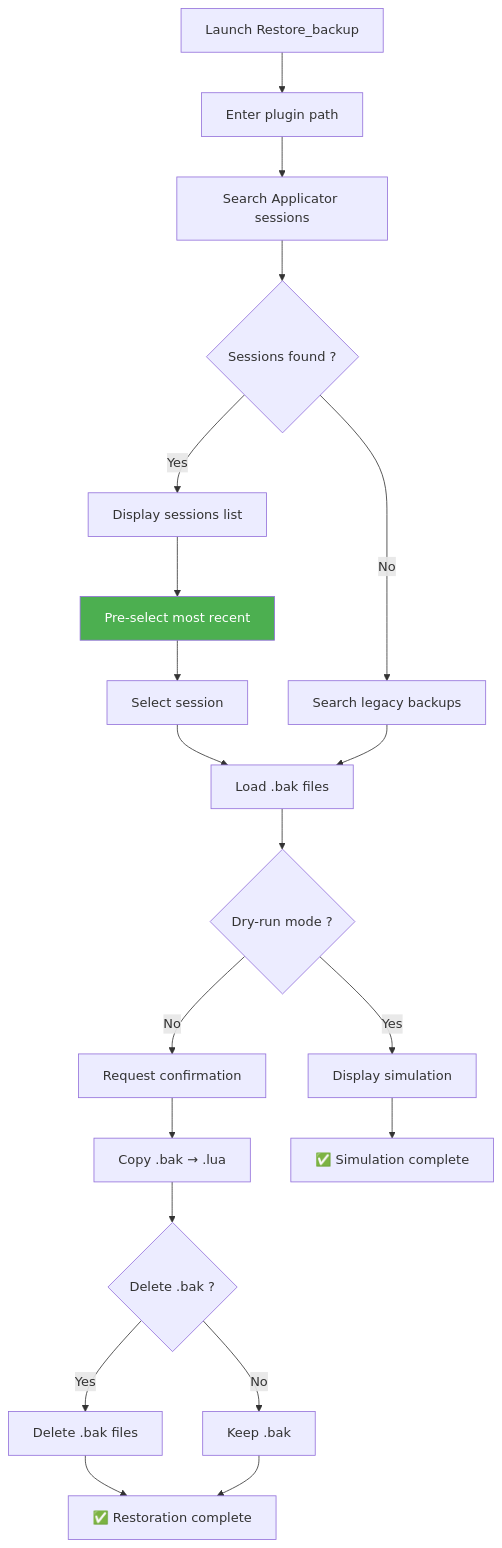
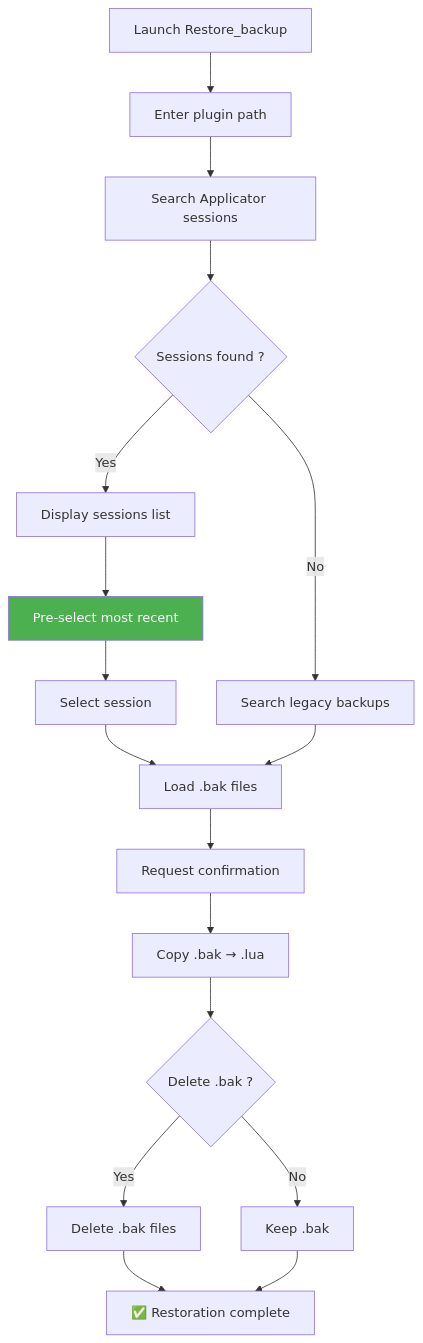
One commit to Gotcha26/Adobe_Lightroom_Translation_Plugins_Kit changed the second of 6 diagrams in 9_Tools/__doc/en/tools/RESTORE_BACKUP.md. Above: the diagram before and after it, drawn with Mermaid. The commit also changed other lines of this file and 2 other files, not shown here.

Commit message:
Delete dry-run option to restore .bak

````diff
--- a/9_Tools/__doc/en/tools/RESTORE_BACKUP.md
+++ b/9_Tools/__doc/en/tools/RESTORE_BACKUP.md
@@ -56,29 +54,26 @@
 ```mermaid
 flowchart TD
     A["Launch Restore_backup"] --> B["Enter plugin path"]
     B --> C["Search Applicator sessions"]
     C --> D{"Sessions found ?"}
 
     D -->|Yes| E["Display sessions list"]
     D -->|No| F["Search legacy backups"]
 
     E --> G["Pre-select most recent"]
     G --> H["Select session"]
     H --> I["Load .bak files"]
 
     F --> I
 
-    I --> J{"Dry-run mode ?"}
-    J -->|Yes| K["Display simulation"]
-    J -->|No| L["Request confirmation"]
+    I --> L["Request confirmation"]
     L --> M["Copy .bak → .lua"]
     M --> N{"Delete .bak ?"}
     N -->|Yes| O["Delete .bak files"]
     N -->|No| P["Keep .bak"]
 
-    K --> Q["✅ Simulation complete"]
     O --> R["✅ Restoration complete"]
     P --> R
 
     style G fill:#4CAF50,color:#fff
 ```
````
